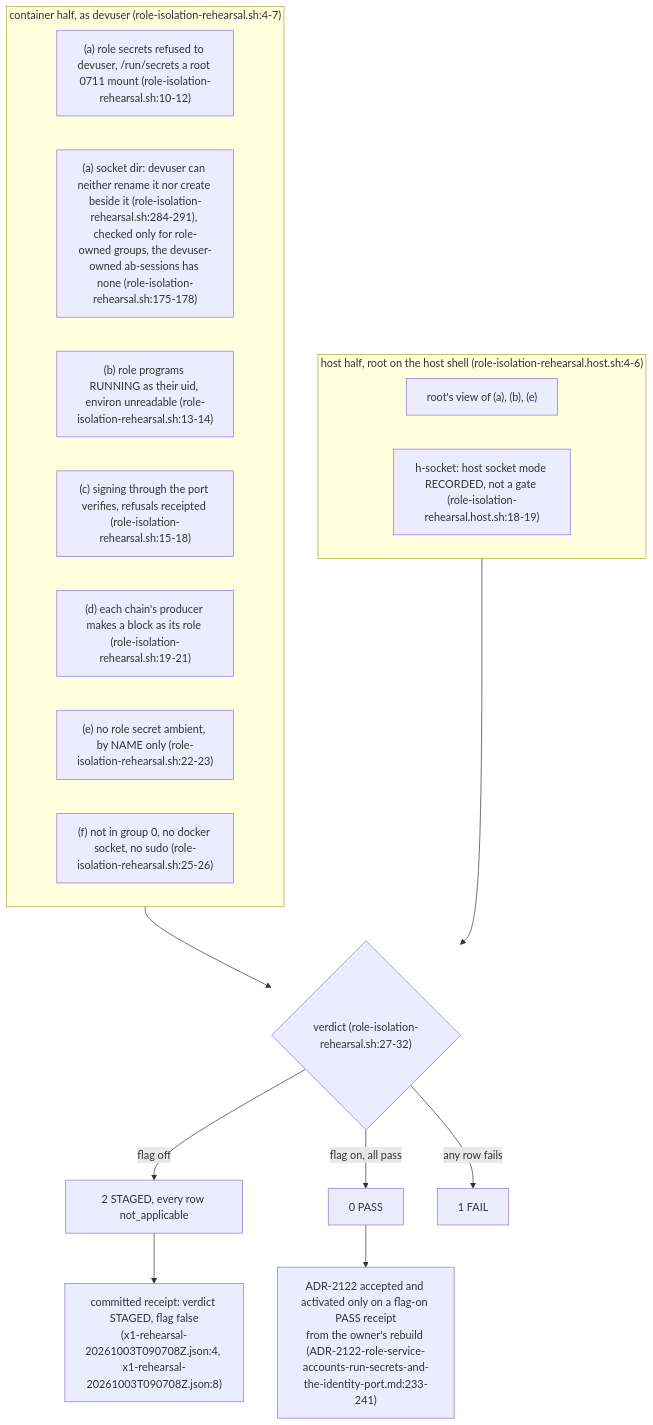
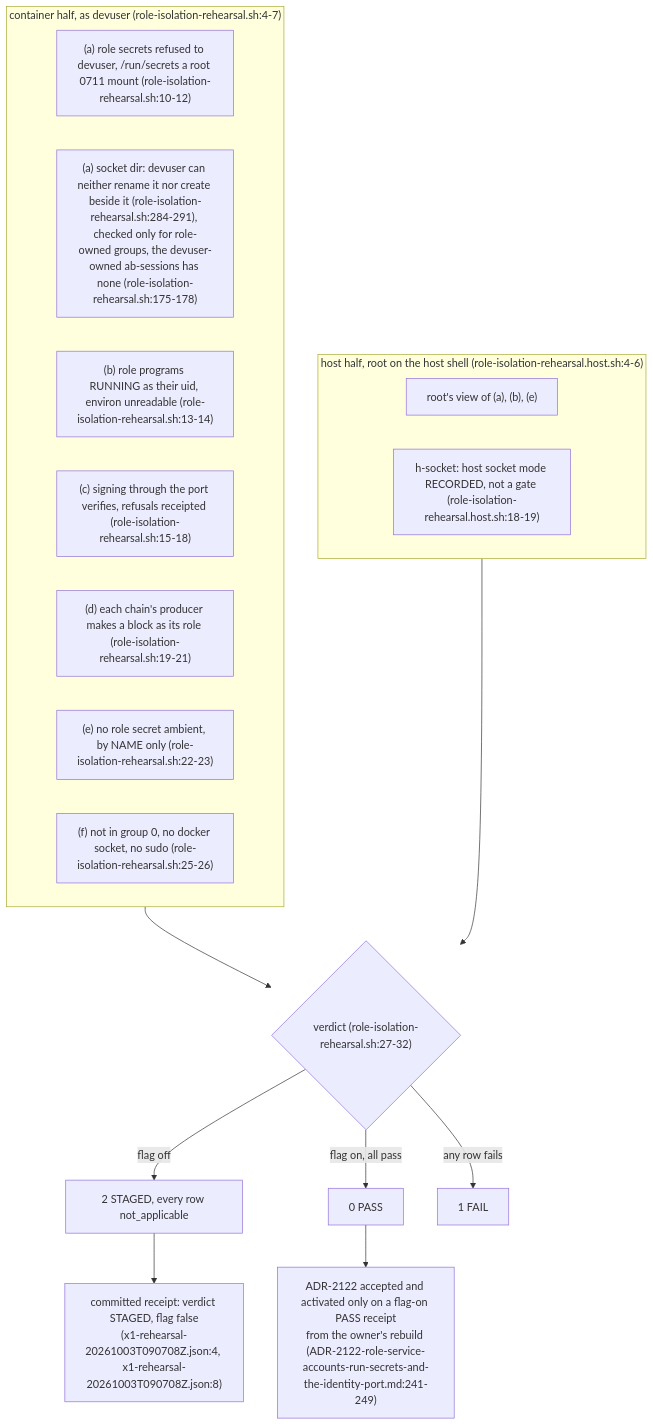
Before and after one commit to DreamLab-AI/VisionFlow: the seventh of 7 diagrams in docs/diagrams/agentbox/36-role-isolation-and-identity-port.md, drawn with Mermaid. The commit also changed other lines of this file and 7 other files, not shown here.

First line of the commit message:
diagrams(agentbox): re-verify AB-36..AB-43 at agentbox 59b1aca

````diff
--- a/docs/diagrams/agentbox/36-role-isolation-and-identity-port.md
+++ b/docs/diagrams/agentbox/36-role-isolation-and-identity-port.md
@@ -253,24 +253,24 @@
 ```mermaid
 flowchart TB
     subgraph IN["container half, as devuser (role-isolation-rehearsal.sh:4-7)"]
         A["(a) role secrets refused to devuser, /run/secrets a root 0711 mount (role-isolation-rehearsal.sh:10-12)"]
         A2["(a) socket dir: devuser can neither rename it nor create beside it (role-isolation-rehearsal.sh:284-291), checked only for role-owned groups, the devuser-owned ab-sessions has none (role-isolation-rehearsal.sh:175-178)"]
         B["(b) role programs RUNNING as their uid, environ unreadable (role-isolation-rehearsal.sh:13-14)"]
         C["(c) signing through the port verifies, refusals receipted (role-isolation-rehearsal.sh:15-18)"]
         D["(d) each chain's producer makes a block as its role (role-isolation-rehearsal.sh:19-21)"]
         E["(e) no role secret ambient, by NAME only (role-isolation-rehearsal.sh:22-23)"]
         F["(f) not in group 0, no docker socket, no sudo (role-isolation-rehearsal.sh:25-26)"]
     end
     subgraph HOST["host half, root on the host shell (role-isolation-rehearsal.host.sh:4-6)"]
         H1["root's view of (a), (b), (e)"]
         H2["h-socket: host socket mode RECORDED, not a gate (role-isolation-rehearsal.host.sh:18-19)"]
     end
     V{"verdict (role-isolation-rehearsal.sh:27-32)"}
     IN --> V
     HOST --> V
     V -->|"flag off"| ST["2 STAGED, every row not_applicable"]
     V -->|"flag on, all pass"| PA["0 PASS"]
     V -->|"any row fails"| FA["1 FAIL"]
     ST --> REC["committed receipt: verdict STAGED, flag false<br/>(x1-rehearsal-20261003T090708Z.json:4, x1-rehearsal-20261003T090708Z.json:8)"]
-    PA --> ACC["ADR-2122 accepted and activated only on a flag-on PASS receipt<br/>from the owner's rebuild (ADR-2122-role-service-accounts-run-secrets-and-the-identity-port.md:233-241)"]
+    PA --> ACC["ADR-2122 accepted and activated only on a flag-on PASS receipt<br/>from the owner's rebuild (ADR-2122-role-service-accounts-run-secrets-and-the-identity-port.md:241-249)"]
 ```
````
